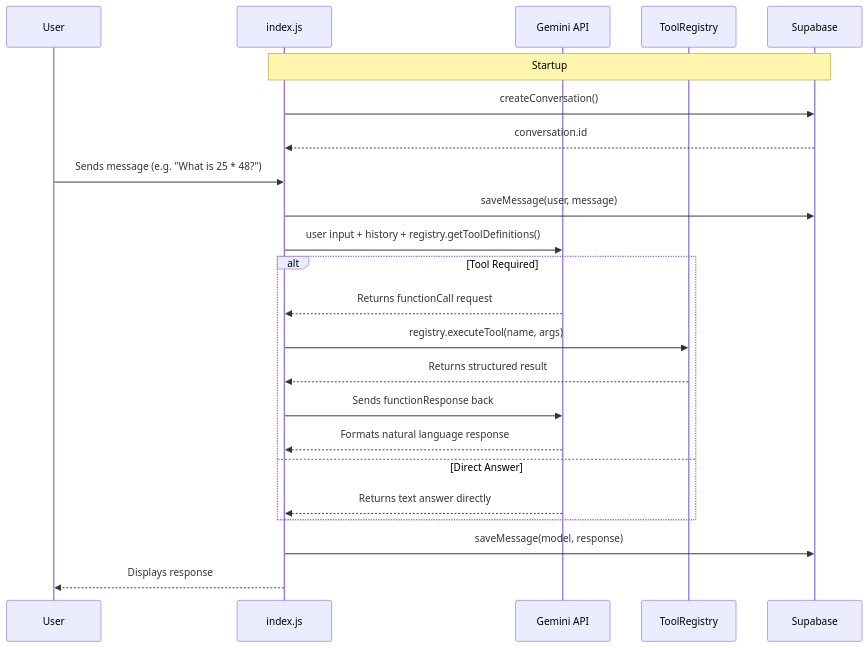
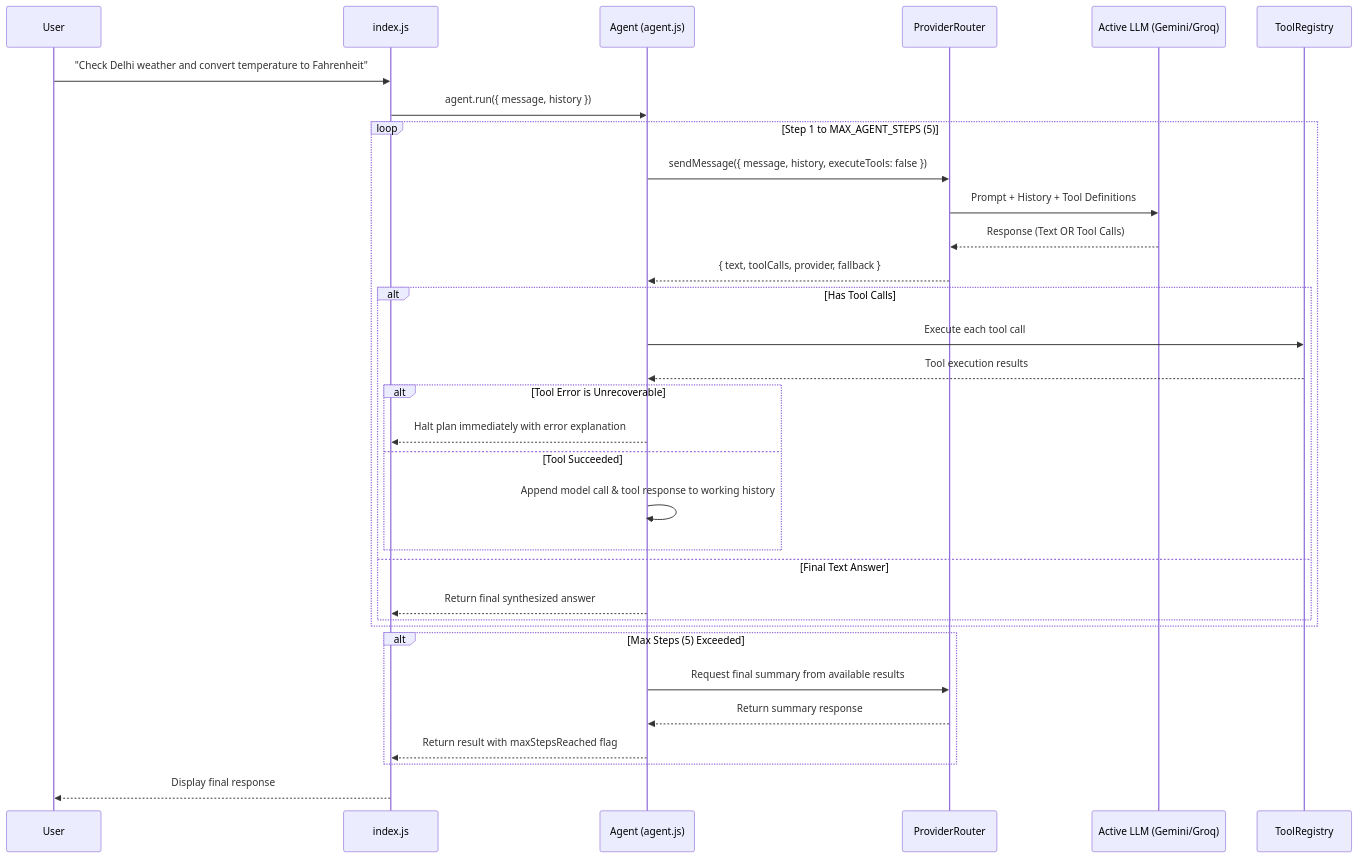
Before and after one commit to nxshahbaz-crypto/AI-agent_mark-1: the second of 3 diagrams in README.md, drawn with Mermaid. The commit also changed other lines of this file and 7 other files, not shown here.

Commit message:
feat: add multi-step agent planning

````diff
--- a/README.md
+++ b/README.md
@@ -239,27 +252,35 @@
 ```mermaid
 sequenceDiagram
     participant User
     participant CLI as index.js
-    participant Gemini as Gemini API
+    participant Agent as Agent (agent.js)
+    participant Router as ProviderRouter
+    participant LLM as Active LLM (Gemini/Groq)
     participant Registry as ToolRegistry
-    participant DB as Supabase
 
-    Note over CLI,DB: Startup
-    CLI->>DB: createConversation()
-    DB-->>CLI: conversation.id
-
-    User->>CLI: Sends message (e.g. "What is 25 * 48?")
-    CLI->>DB: saveMessage(user, message)
-    CLI->>Gemini: user input + history + registry.getToolDefinitions()
-    alt Tool Required
-        Gemini-->>CLI: Returns functionCall request
-        CLI->>Registry: registry.executeTool(name, args)
-        Registry-->>CLI: Returns structured result
-        CLI->>Gemini: Sends functionResponse back
-        Gemini-->>CLI: Formats natural language response
-    else Direct Answer
-        Gemini-->>CLI: Returns text answer directly
+    User->>CLI: "Check Delhi weather and convert temperature to Fahrenheit"
+    CLI->>Agent: agent.run({ message, history })
+    loop Step 1 to MAX_AGENT_STEPS (5)
+        Agent->>Router: sendMessage({ message, history, executeTools: false })
+        Router->>LLM: Prompt + History + Tool Definitions
+        LLM-->>Router: Response (Text OR Tool Calls)
+        Router-->>Agent: { text, toolCalls, provider, fallback }
+        alt Has Tool Calls
+            Agent->>Registry: Execute each tool call
+            Registry-->>Agent: Tool execution results
+            alt Tool Error is Unrecoverable
+                Agent-->>CLI: Halt plan immediately with error explanation
+            else Tool Succeeded
+                Agent->>Agent: Append model call & tool response to working history
+            end
+        else Final Text Answer
+            Agent-->>CLI: Return final synthesized answer
+        end
     end
-    CLI->>DB: saveMessage(model, response)
-    CLI-->>User: Displays response
+    alt Max Steps (5) Exceeded
+        Agent->>Router: Request final summary from available results
+        Router-->>Agent: Return summary response
+        Agent-->>CLI: Return result with maxStepsReached flag
+    end
+    CLI-->>User: Display final response
 ```
````
